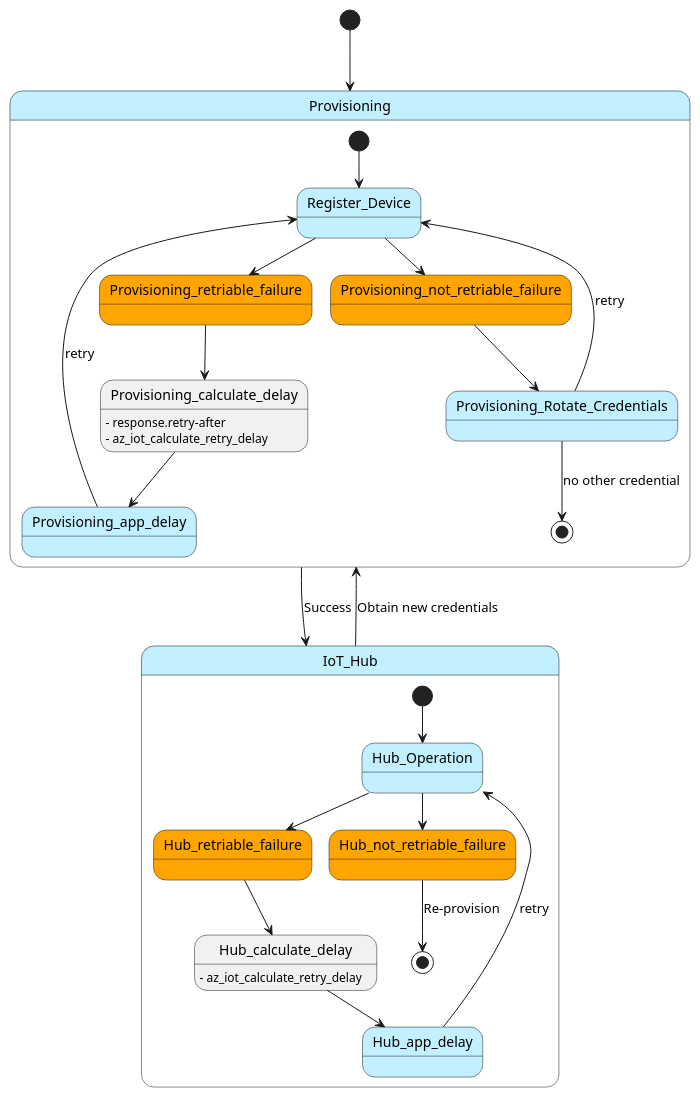
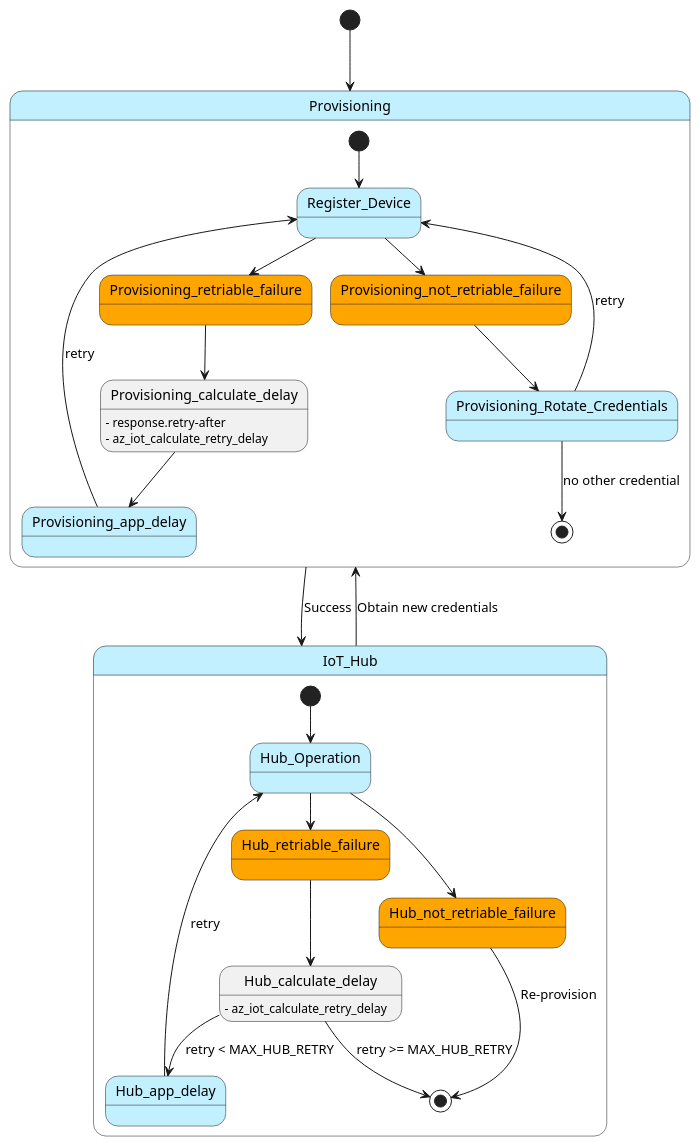
The diagram in Middlewares/ST/netxduo/addons/azure_iot/azure-sdk-for-c/sdk/docs/iot/resources/iot_retry_flow.puml (STMicroelectronics/x-cube-azrtos-l5), drawn with PlantUML before and after one commit. The commit also changed 3358 other files, not shown here.

```diff
--- a/Middlewares/ST/netxduo/addons/azure_iot/azure-sdk-for-c/sdk/docs/iot/resources/iot_retry_flow.puml
+++ b/Middlewares/ST/netxduo/addons/azure_iot/azure-sdk-for-c/sdk/docs/iot/resources/iot_retry_flow.puml
@@ -1,56 +1,57 @@
 @startuml
 skinparam state {
     BackgroundColor<<APP>> APPLICATION
     BackgroundColor<<STRUCT>> Lavender
     BackgroundColor<<FAIL>> Orange
 }
 
 [*] --> Provisioning
 state Provisioning <<APP>> {
 
     state Register_Device <<APP>>
     ' Provisioning Retriable errors
     [*] --> Register_Device
 
     state Provisioning_retriable_failure<<FAIL>>
     Register_Device --> Provisioning_retriable_failure
     Provisioning_retriable_failure --> Provisioning_calculate_delay
     Provisioning_calculate_delay --> Provisioning_app_delay
     state Provisioning_app_delay<<APP>>
     Provisioning_app_delay --> Register_Device : retry
     Provisioning_calculate_delay: - response.retry-after
     Provisioning_calculate_delay: - az_iot_calculate_retry_delay
 
     ' Provisioning Non-retriable
     Register_Device --> Provisioning_not_retriable_failure
     state Provisioning_not_retriable_failure<<FAIL>>
     Provisioning_not_retriable_failure --> Provisioning_Rotate_Credentials
     state Provisioning_Rotate_Credentials <<APP>>
     Provisioning_Rotate_Credentials --> Register_Device : retry
     Provisioning_Rotate_Credentials --> [*] : no other credential
 }
 
 Provisioning --> IoT_Hub : Success
 
 state IoT_Hub <<APP>> {
     state Hub_Operation <<APP>>
     [*] --> Hub_Operation
 
     ' Hub Retriable errors
     Hub_Operation --> Hub_retriable_failure
     state Hub_retriable_failure<<FAIL>>
     Hub_retriable_failure --> Hub_calculate_delay
-    Hub_calculate_delay --> Hub_app_delay
+    Hub_calculate_delay --> Hub_app_delay : retry < MAX_HUB_RETRY
+    Hub_calculate_delay --> [*] : retry >= MAX_HUB_RETRY
     state Hub_app_delay<<APP>>
     Hub_app_delay --> Hub_Operation : retry
     Hub_calculate_delay: - az_iot_calculate_retry_delay
 
     ' Hub Non-retriable
     Hub_Operation --> Hub_not_retriable_failure
     state Hub_not_retriable_failure<<FAIL>>
     Hub_not_retriable_failure --> [*] : Re-provision
 }
 
 IoT_Hub --> Provisioning : Obtain new credentials
 
 @enduml
```
